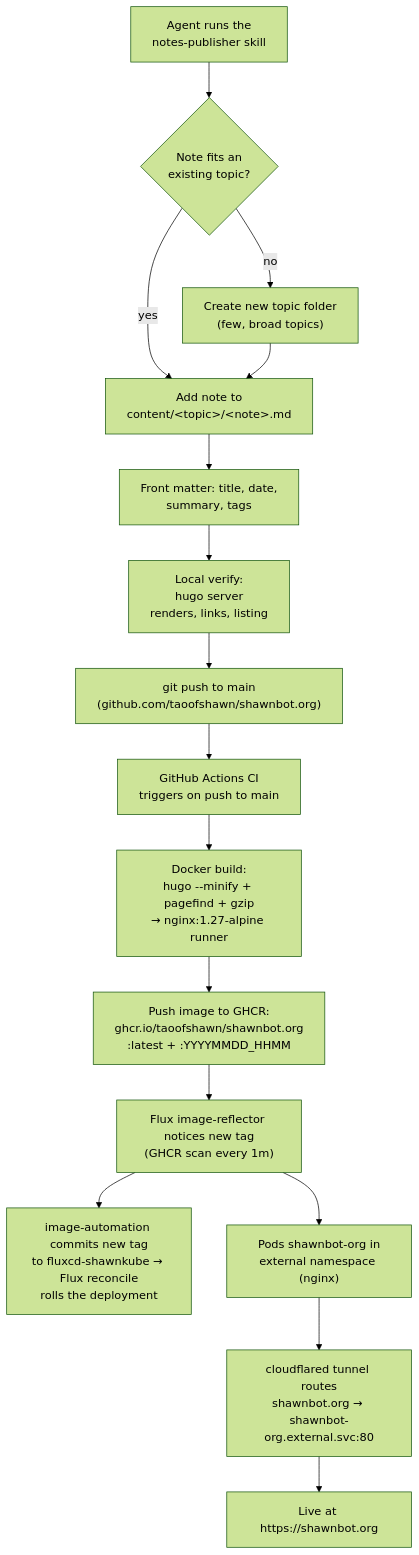
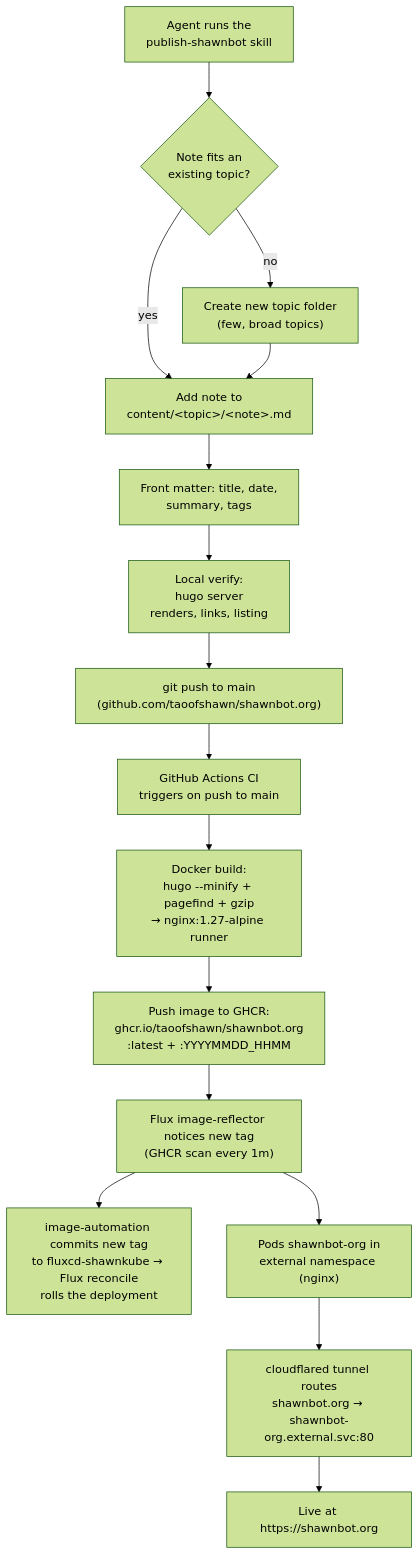
Before and after one commit to taoofshawn/shawnbot.org: the diagram in spec.md, drawn with Mermaid (forest theme). The commit also changed other lines of this file and 2 other files, not shown here.

Commit message:
skill: rename notes-publisher to publish-shawnbot

````diff
--- a/spec.md
+++ b/spec.md
@@ -113,17 +113,17 @@
 ```mermaid
 flowchart TD
-    A["Agent runs the<br/>notes-publisher skill"] --> B{"Note fits an<br/>existing topic?"}
+    A["Agent runs the<br/>publish-shawnbot skill"] --> B{"Note fits an<br/>existing topic?"}
     B -- "yes" --> D["Add note to<br/>content/&lt;topic&gt;/&lt;note&gt;.md"]
     B -- "no" --> C["Create new topic folder<br/>(few, broad topics)"] --> D
     D --> E["Front matter: title, date,<br/>summary, tags"]
     E --> H["Local verify:<br/>hugo server<br/>renders, links, listing"]
     H --> I["git push to main<br/>(github.com/taoofshawn/shawnbot.org)"]
     I --> J["GitHub Actions CI<br/>triggers on push to main"]
     J --> K["Docker build:<br/>hugo --minify + pagefind + gzip<br/>→ nginx:1.27-alpine runner"]
     K --> L["Push image to GHCR:<br/>ghcr.io/taoofshawn/shawnbot.org<br/>:latest + :YYYYMMDD_HHMM"]
     L --> M["Flux image-reflector notices new tag<br/>(GHCR scan every 1m)"]
     M --> M2["image-automation commits new tag<br/>to fluxcd-shawnkube → Flux reconcile<br/>rolls the deployment"]
     M --> N["Pods shawnbot-org in<br/>external namespace (nginx)"]
     N --> O["cloudflared tunnel routes<br/>shawnbot.org → shawnbot-org.external.svc:80"]
     O --> P["Live at https://shawnbot.org"]
 ```
````
